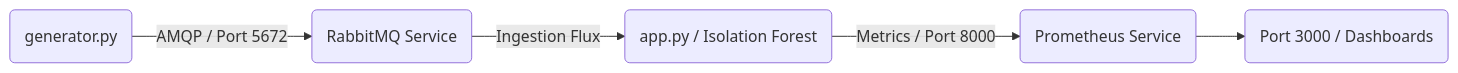
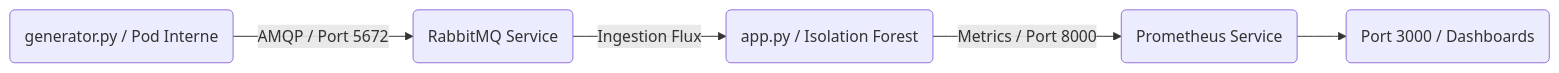
Before and after one commit to CedricKoukoui/CloudIA: the diagram in README.md, drawn with Mermaid. The commit also changed other lines of this file and 1 other file, not shown here.

Commit message:
feat: stabilisation v2bis avec generateur interne dans le cluster et preuve du rebond graphique

````diff
--- a/README.md
+++ b/README.md
@@ -11,7 +13,7 @@
 ```mermaid
 graph LR
-    Generator(generator.py) -- AMQP / Port 5672 --> Broker(RabbitMQ Service)
+    Generator(generator.py / Pod Interne) -- AMQP / Port 5672 --> Broker(RabbitMQ Service)
     Broker -- Ingestion Flux --> IA(app.py / Isolation Forest)
     IA -- Metrics / Port 8000 --> Prometheus(Prometheus Service)
     Prometheus --> Grafana(Port 3000 / Dashboards)
 ```
````
